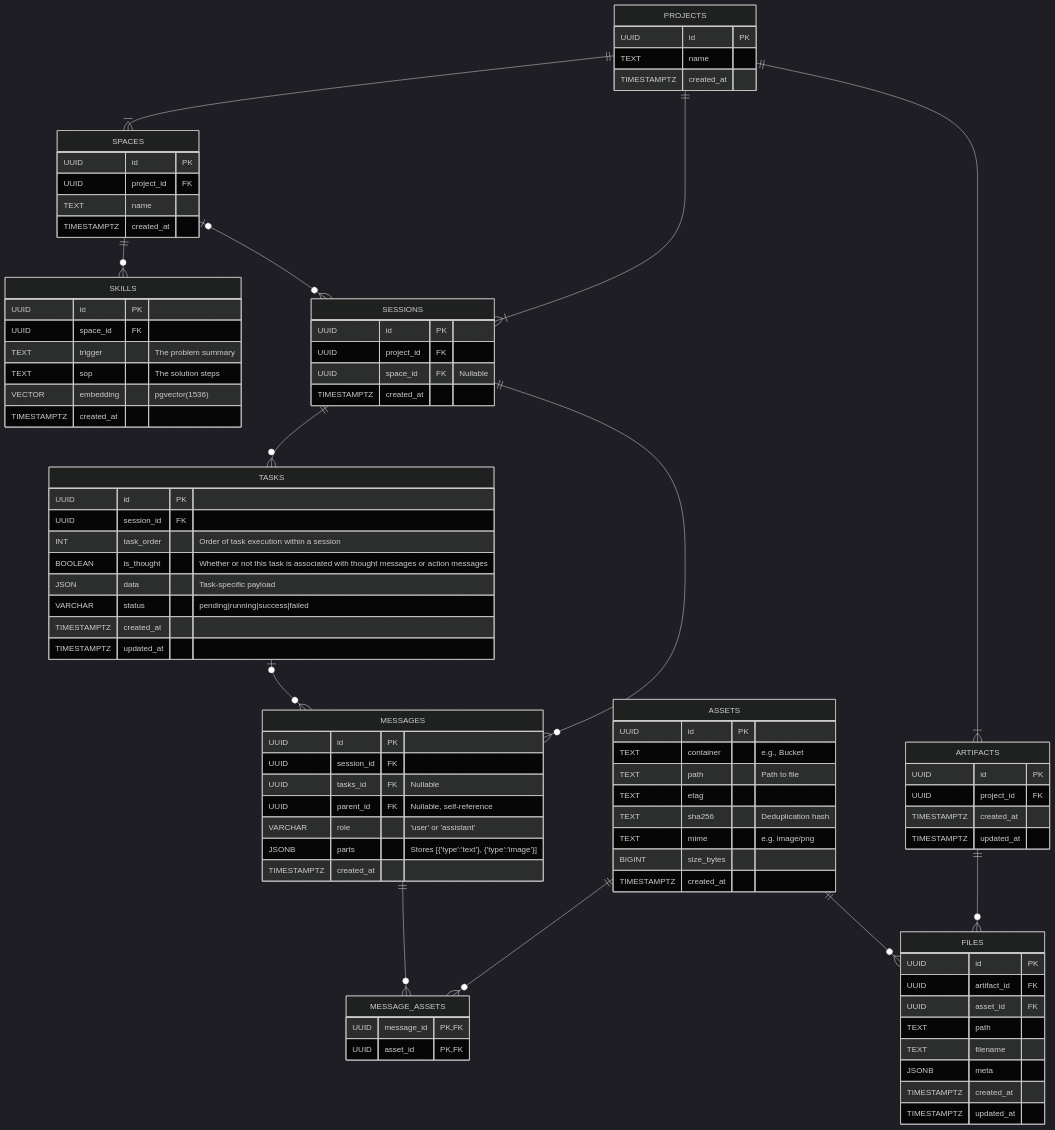
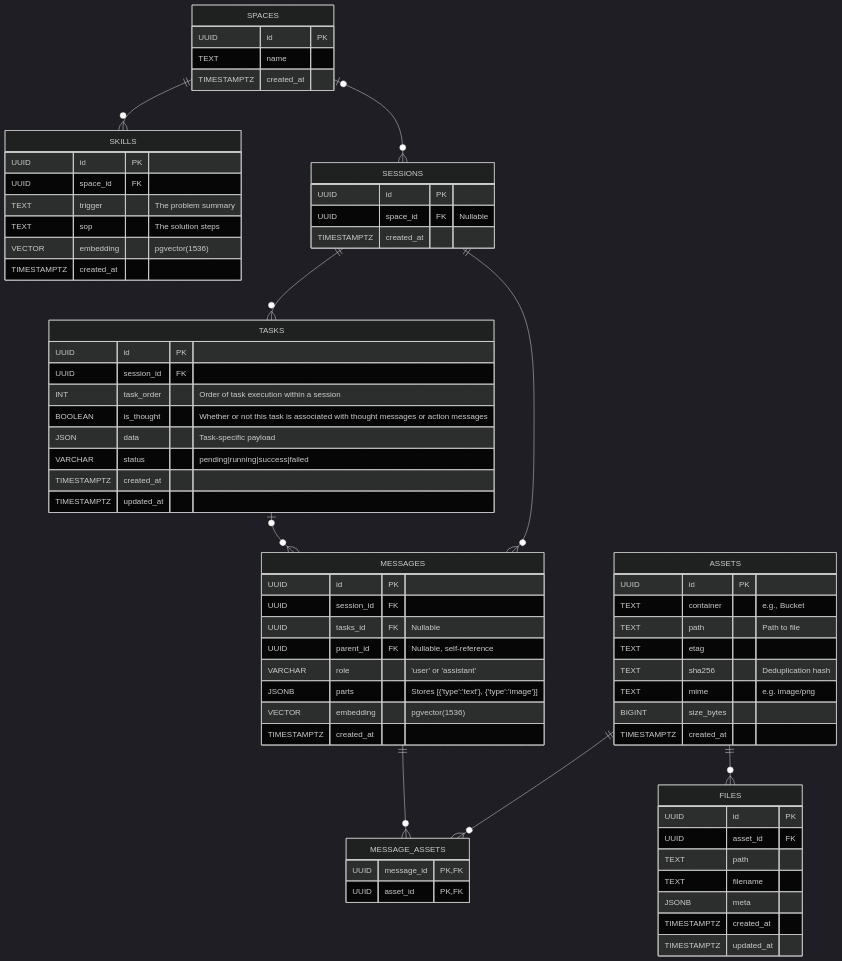
The second of 2 diagrams in README.md (w-h-a/gomento), drawn with Mermaid (dark theme) before and after one commit. The commit also changed other lines of this file, not shown here.

Commit message:
docs: update README (#64)

````diff
--- a/README.md
+++ b/README.md
@@ -65,14 +65,7 @@
 ```mermaid
 erDiagram
-    PROJECTS {
-        UUID id PK
-        TEXT name
-        TIMESTAMPTZ created_at
-    }
-
     SPACES {
         UUID id PK
-        UUID project_id FK
         TEXT name
         TIMESTAMPTZ created_at
     }
@@ -88,7 +81,6 @@
 
     SESSIONS {
         UUID id PK
-        UUID project_id FK
         UUID space_id FK "Nullable"
         TIMESTAMPTZ created_at
     }
@@ -111,6 +103,7 @@
         UUID parent_id FK "Nullable, self-reference"
         VARCHAR role "'user' or 'assistant'"
         JSONB parts "Stores [{'type':'text'}, {'type':'image'}]"
+        VECTOR embedding "pgvector(1536)"
         TIMESTAMPTZ created_at
     }
 
@@ -130,16 +123,8 @@
         TIMESTAMPTZ created_at
     }
 
-    ARTIFACTS {
-        UUID id PK
-        UUID project_id FK
-        TIMESTAMPTZ created_at
-        TIMESTAMPTZ updated_at
-    }
-
     FILES {
         UUID id PK
-        UUID artifact_id FK
         UUID asset_id FK
         TEXT path
         TEXT filename
@@ -147,10 +132,6 @@
         TIMESTAMPTZ created_at
         TIMESTAMPTZ updated_at
     }
-
-    PROJECTS ||--|{ SPACES : ""
-    PROJECTS ||--|{ SESSIONS : ""
-    PROJECTS ||--|{ ARTIFACTS : ""
     
     SPACES ||--o{ SKILLS : ""
     SPACES |o--o{ SESSIONS : ""
@@ -162,6 +143,5 @@
     MESSAGES ||--o{ MESSAGE_ASSETS : ""
     ASSETS ||--o{ MESSAGE_ASSETS : ""
 
-    ARTIFACTS ||--o{ FILES : ""
     ASSETS ||--o{ FILES : ""
 ```
````
